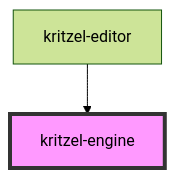
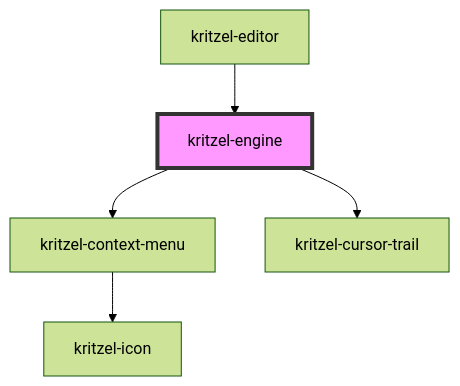
Before and after one commit to kasual1/kritzel: the diagram in packages/libs/kritzel-stencil/src/components/core/kritzel-engine/readme.md, drawn with Mermaid (forest theme). The commit also changed other lines of this file and 21 other files, not shown here.

````diff
--- a/packages/libs/kritzel-stencil/src/components/core/kritzel-engine/readme.md
+++ b/packages/libs/kritzel-stencil/src/components/core/kritzel-engine/readme.md
@@ -41,5 +190,8 @@
 ```mermaid
 graph TD;
+  kritzel-engine --> kritzel-context-menu
+  kritzel-engine --> kritzel-cursor-trail
+  kritzel-context-menu --> kritzel-icon
   kritzel-editor --> kritzel-engine
   style kritzel-engine fill:#f9f,stroke:#333,stroke-width:4px
 ```
````
